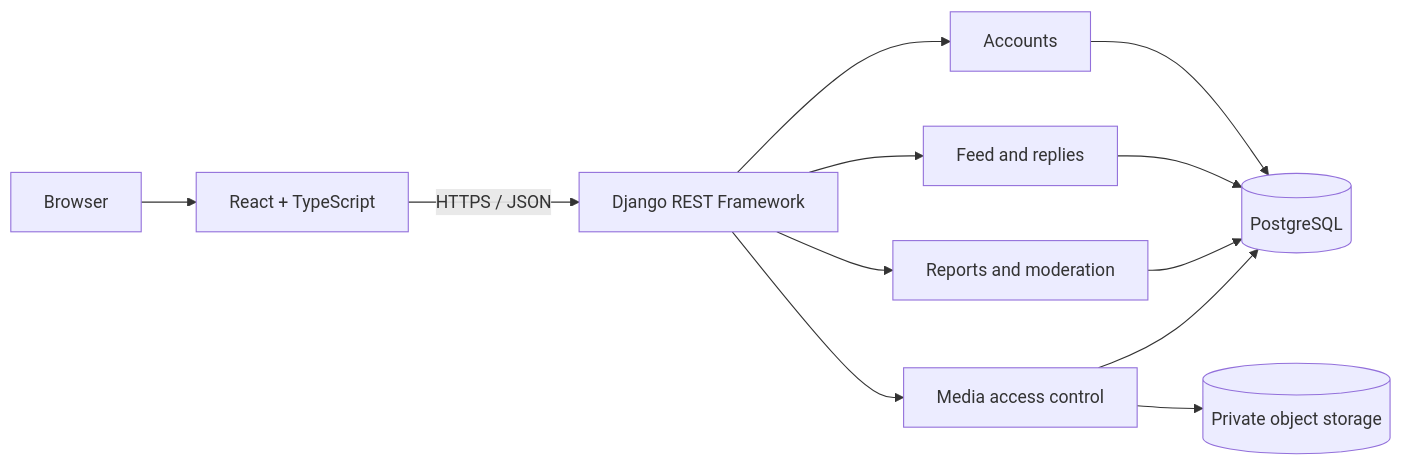
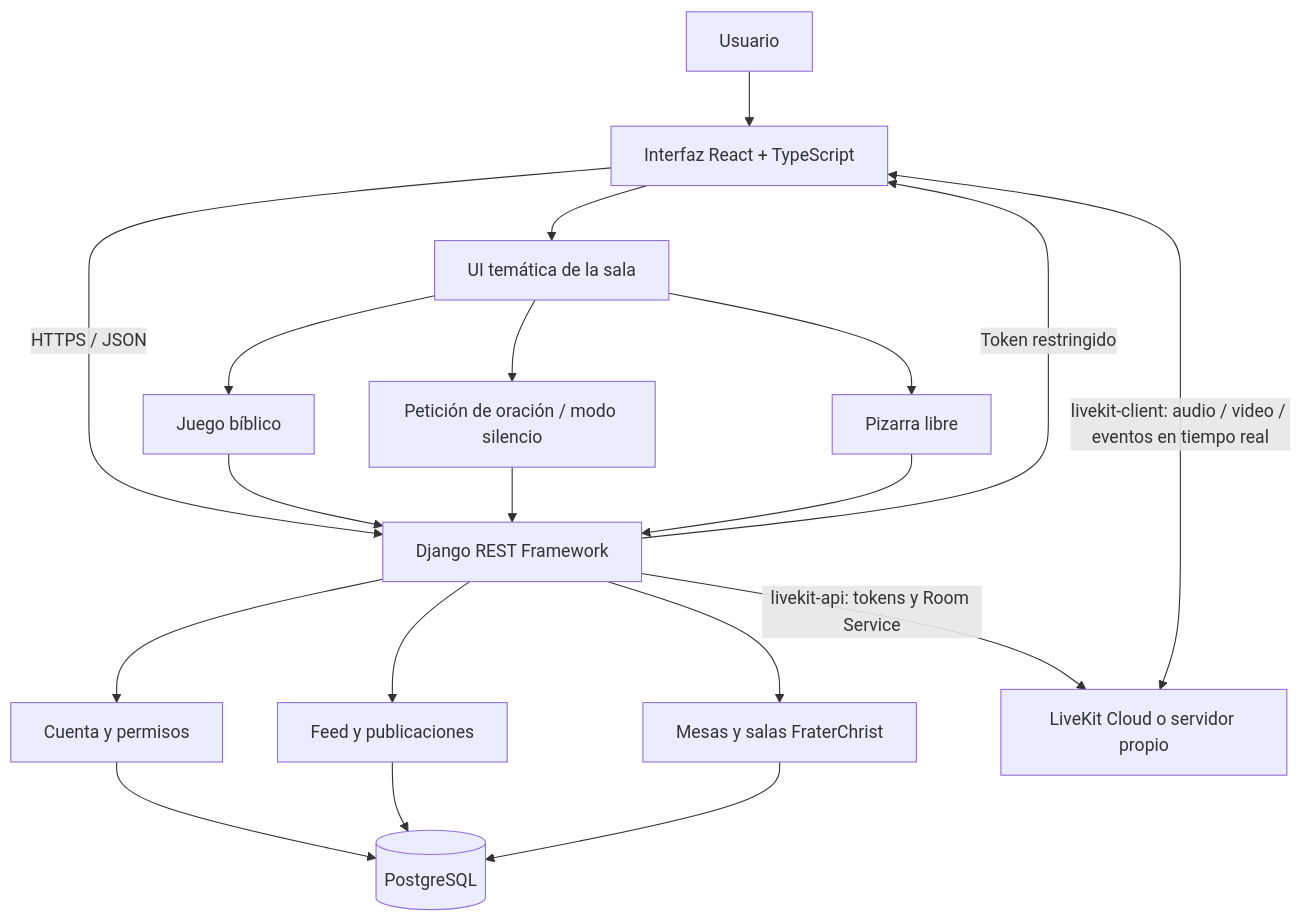
Before and after one commit to IsaacToDv/FraterChrist.org: the diagram in docs/ARCHITECTURE.md, drawn with Mermaid. The commit also changed other lines of this file, not shown here.

Commit message:
docs: specify LiveKit integration and themed-room architecture

```diff
--- a/docs/ARCHITECTURE.md
+++ b/docs/ARCHITECTURE.md
@@ -44,14 +39,21 @@
 ~~~mermaid
-flowchart LR
-    Browser[Browser] --> Web[React + TypeScript]
-    Web -->|HTTPS / JSON| API[Django REST Framework]
-    API --> Accounts[Accounts]
-    API --> Feed[Feed and replies]
-    API --> Moderation[Reports and moderation]
-    API --> Media[Media access control]
-    Accounts --> DB[(PostgreSQL)]
+flowchart TB
+    User[Usuario] --> UI[Interfaz React + TypeScript]
+    UI -->|HTTPS / JSON| API[Django REST Framework]
+    API --> Auth[Cuenta y permisos]
+    API --> Feed[Feed y publicaciones]
+    API --> Groups[Mesas y salas FraterChrist]
+    Auth --> DB[(PostgreSQL)]
     Feed --> DB
-    Moderation --> DB
-    Media --> DB
-    Media --> Store[(Private object storage)]
+    Groups --> DB
+    API -->|Token restringido| UI
+    API -->|livekit-api: tokens y Room Service| LK[LiveKit Cloud o servidor propio]
+    UI <-->|livekit-client: audio / video / eventos en tiempo real| LK
+    UI --> Themes[UI temática de la sala]
+    Themes --> Game[Juego bíblico]
+    Themes --> Prayer[Petición de oración / modo silencio]
+    Themes --> Board[Pizarra libre]
+    Game --> API
+    Prayer --> API
+    Board --> API
 ~~~
```
